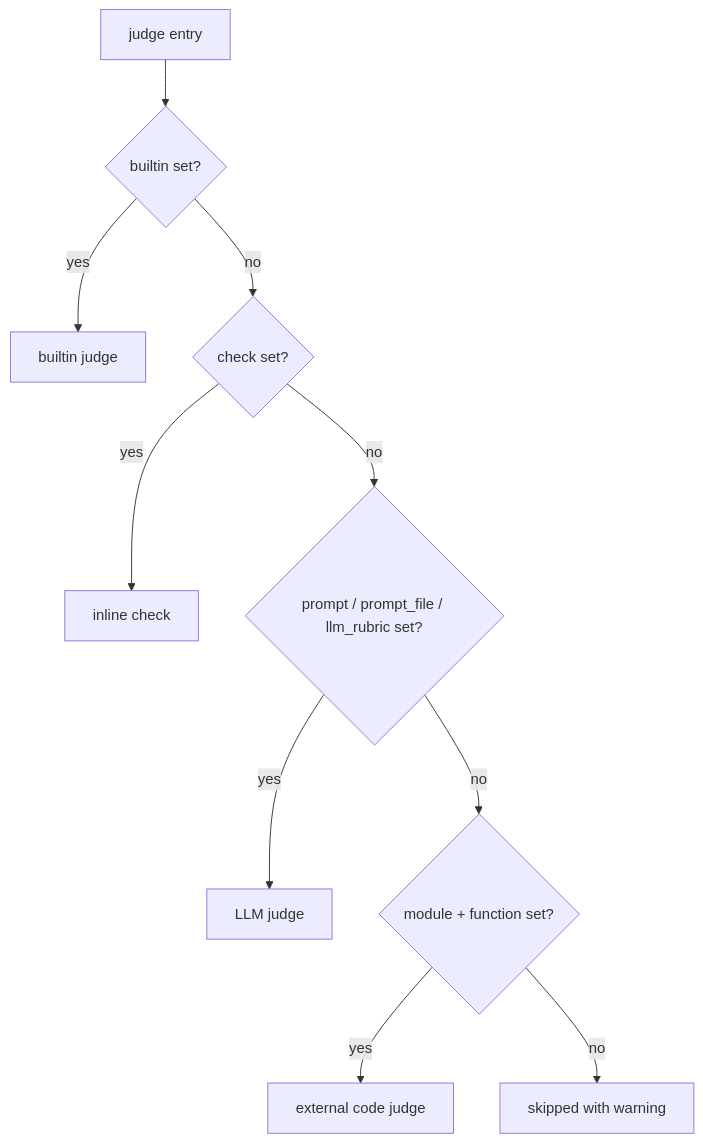
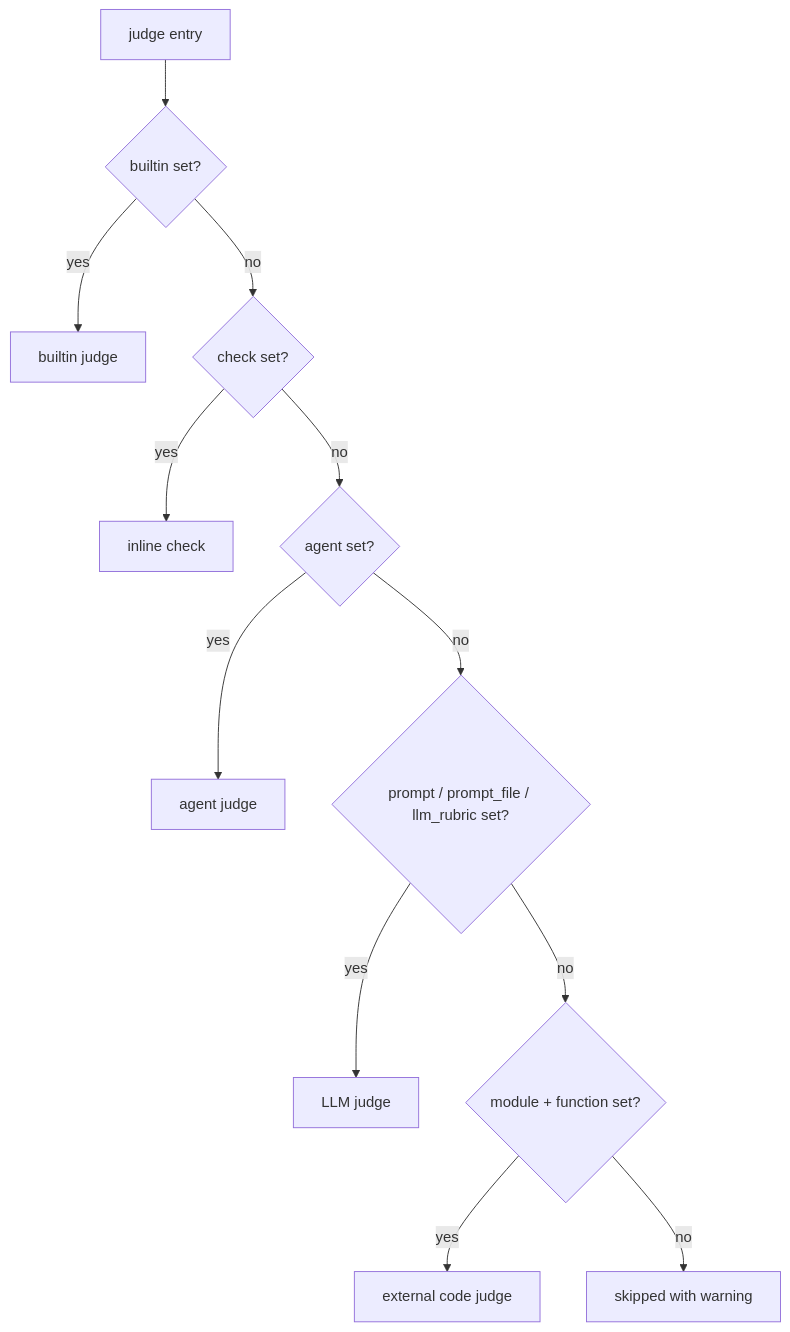
Before and after one commit to GuyZivRH/agent-eval-harness: the diagram in website/reference/config/judges.md, drawn with Mermaid. The commit also changed other lines of this file and 14 other files, not shown here.

First line of the commit message:
docs(website): document the agent judge type

````diff
--- a/website/reference/config/judges.md
+++ b/website/reference/config/judges.md
@@ -45,12 +48,14 @@
 ```mermaid
 flowchart TD
     A[judge entry] --> B{builtin set?}
     B -- yes --> BUILTIN[builtin judge]
     B -- no --> C{check set?}
     C -- yes --> CHECK[inline check]
-    C -- no --> D{prompt / prompt_file / llm_rubric set?}
+    C -- no --> AG{agent set?}
+    AG -- yes --> AGENT[agent judge]
+    AG -- no --> D{prompt / prompt_file / llm_rubric set?}
     D -- yes --> LLM[LLM judge]
     D -- no --> E{module + function set?}
     E -- yes --> CODE[external code judge]
     E -- no --> SKIP[skipped with warning]
 ```
````
